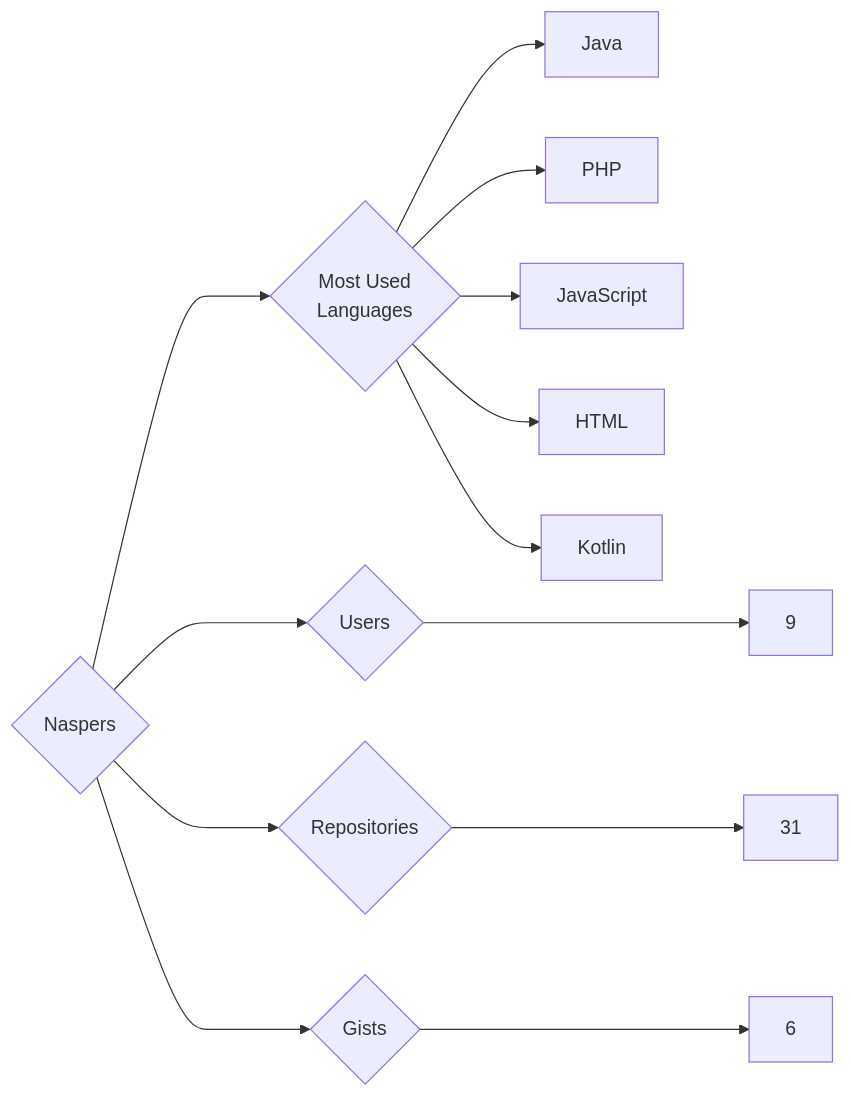
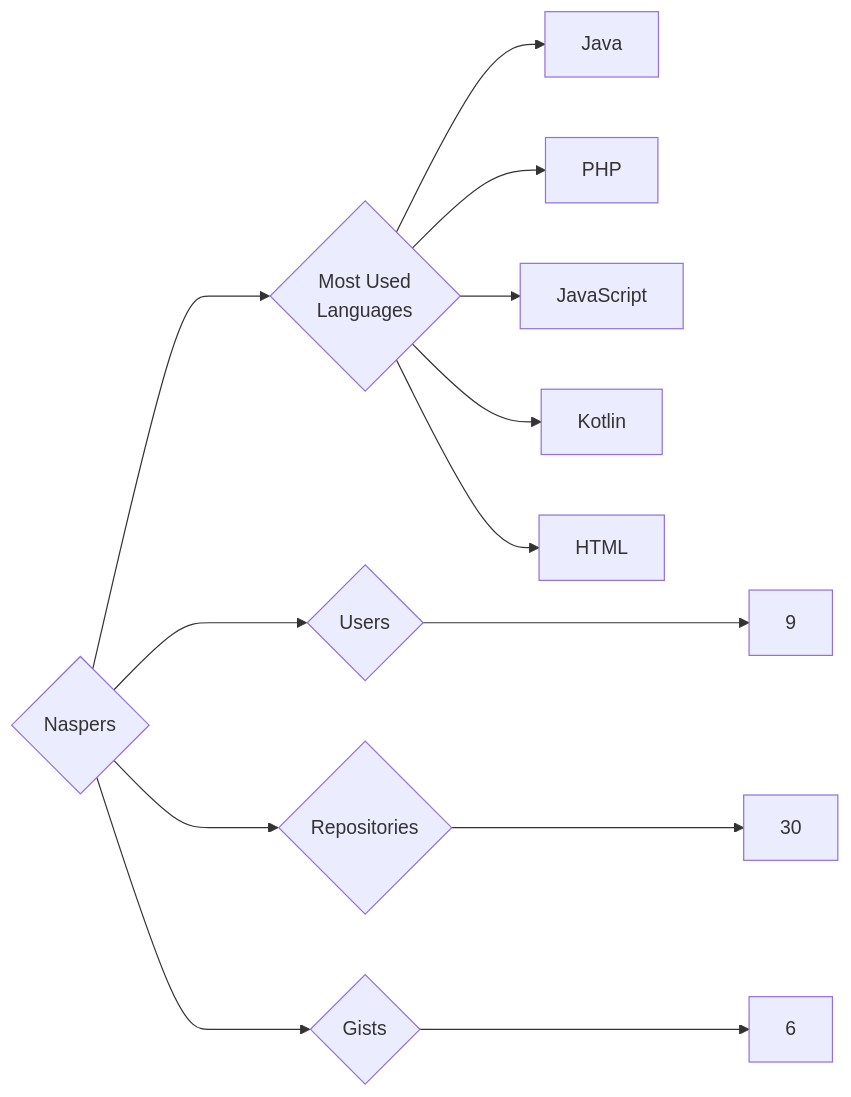
The diagram in targets/Naspers/README.md (trickest/insiders), drawn with Mermaid before and after one commit. The commit also changed 860 other files, not shown here.

````diff
--- a/targets/Naspers/README.md
+++ b/targets/Naspers/README.md
@@ -3,13 +3,13 @@
 ```mermaid
 graph LR
 COMPANY_NAME{Naspers}
 COMPANY_NAME ---> U{Users} ---> UN[9]
-COMPANY_NAME ---> R{Repositories} ---> RN[31]
+COMPANY_NAME ---> R{Repositories} ---> RN[30]
 COMPANY_NAME ---> G{Gists} ---> GN[6]
 COMPANY_NAME ---> ML{Most Used<br>Languages}
 ML --> Java[Java]
 ML --> PHP[PHP]
 ML --> JavaScript[JavaScript]
+ML --> Kotlin[Kotlin]
 ML --> HTML[HTML]
-ML --> Kotlin[Kotlin]
 ```
````
